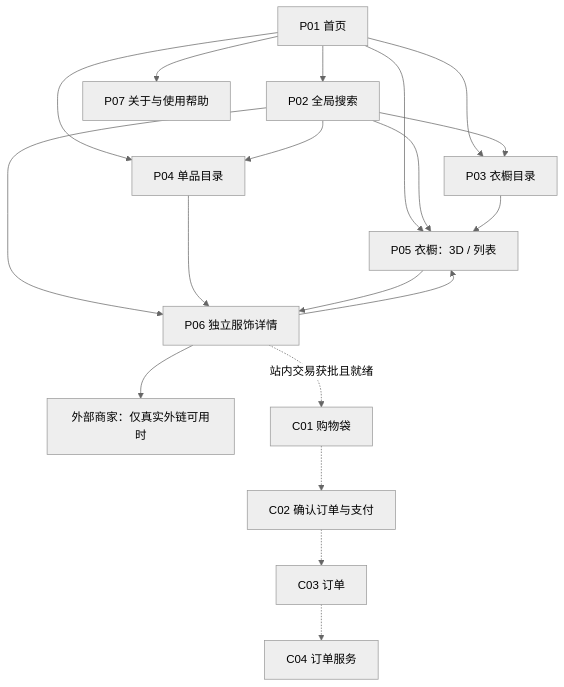
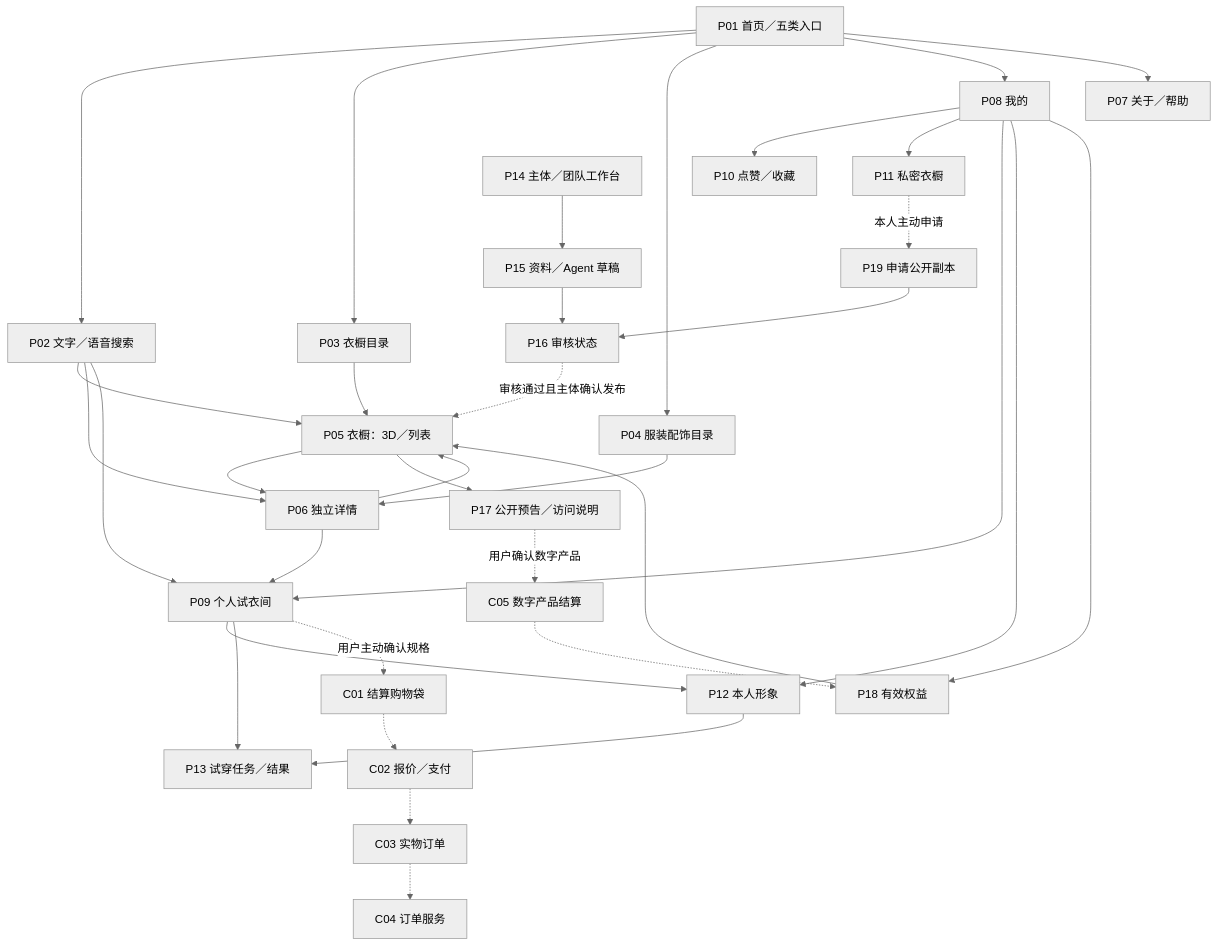
One commit to wilsonwang-mt/star-closet changed the diagram in docs/信息架构与搜索.md. Above: the diagram before and after it, drawn with Mermaid (neutral theme). The commit also changed other lines of this file and 40 other files, not shown here.

````diff
--- a/docs/信息架构与搜索.md
+++ b/docs/信息架构与搜索.md
@@ -83,21 +82,37 @@
 ```mermaid
 flowchart TD
-  H["P01 首页"] --> S["P02 全局搜索"]
-  H --> C["P03 衣橱目录"]
-  H --> I["P04 单品目录"]
-  H --> W["P05 衣橱：3D / 列表"]
-  S --> C
-  S --> I
+  H["P01 首页／五类入口"] --> S["P02 文字／语音搜索"]
+  H --> D["P03 衣橱目录"]
+  H --> I["P04 服装配饰目录"]
+  D --> W["P05 衣橱：3D／列表"]
   S --> W
-  S --> D["P06 独立服饰详情"]
-  C --> W
-  I --> D
-  W --> D
-  D --> W
-  D --> X["外部商家：仅真实外链可用时"]
-  D -. "站内交易获批且就绪" .-> B["C01 购物袋"]
-  B -.-> K["C02 确认订单与支付"]
-  K -.-> O["C03 订单"]
-  O -.-> A["C04 订单服务"]
-  H --> F["P07 关于与使用帮助"]
+  S --> X["P06 独立详情"]
+  I --> X
+  W --> X
+  X --> W
+  S --> F["P09 个人试衣间"]
+  X --> F
+  F --> V["P12 本人形象"]
+  V --> T["P13 试穿任务／结果"]
+  F --> T
+  F -. "用户主动确认规格" .-> C["C01 结算购物袋"]
+  C -.-> K["C02 报价／支付"]
+  K -.-> O["C03 实物订单"]
+  O -.-> OS["C04 订单服务"]
+  W --> G["P17 公开预告／访问说明"]
+  G -. "用户确认数字产品" .-> Q["C05 数字产品结算"]
+  Q -.-> E["P18 有效权益"]
+  E --> W
+  H --> M["P08 我的"]
+  M --> B["P10 点赞／收藏"]
+  M --> P["P11 私密衣橱"]
+  M --> F
+  M --> V
+  M --> E
+  H --> HP["P07 关于／帮助"]
+  P -. "本人主动申请" .-> A["P19 申请公开副本"]
+  J["P14 主体／团队工作台"] --> Z["P15 资料／Agent 草稿"]
+  Z --> R["P16 审核状态"]
+  A --> R
+  R -. "审核通过且主体确认发布" .-> W
 ```
````
